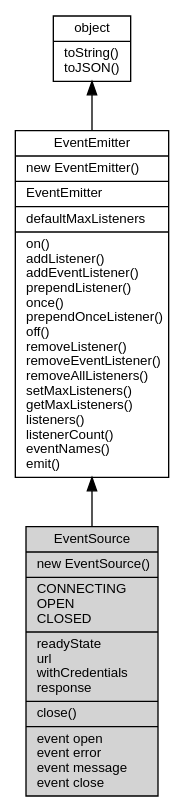
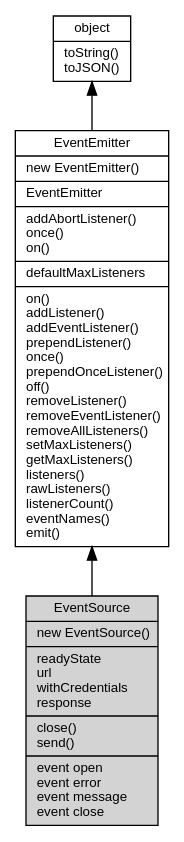
The diagram in docs/manual/object/ifs/EventSource.md (fibjs/fibjs.org), drawn with Graphviz before and after one commit. The commit also changed other lines of this file and 148 other files, not shown here.

First line of the commit message:
feat: add ZlibCodec documentation and update object graph

````diff
--- a/docs/manual/object/ifs/EventSource.md
+++ b/docs/manual/object/ifs/EventSource.md
@@ -13,12 +13,12 @@
 ```dot
 digraph {
     node [fontname="Helvetica,sans-Serif", fontsize=10, shape="record", style="filled", fillcolor="white"];
 
     object [tooltip="object", URL="object.md", label="{object|toString()\ltoJSON()\l}"];
-    EventEmitter [tooltip="EventEmitter", URL="EventEmitter.md", label="{EventEmitter|new EventEmitter()\l|EventEmitter\l|defaultMaxListeners\l|on()\laddListener()\laddEventListener()\lprependListener()\lonce()\lprependOnceListener()\loff()\lremoveListener()\lremoveEventListener()\lremoveAllListeners()\lsetMaxListeners()\lgetMaxListeners()\llisteners()\llistenerCount()\leventNames()\lemit()\l}"];
-    EventSource [tooltip="EventSource", fillcolor="lightgray", id="me", label="{EventSource|new EventSource()\l|CONNECTING\lOPEN\lCLOSED\l|readyState\lurl\lwithCredentials\lresponse\l|close()\l|event open\levent error\levent message\levent close\l}"];
+    EventEmitter [tooltip="EventEmitter", URL="EventEmitter.md", label="{EventEmitter|new EventEmitter()\l|EventEmitter\l|addAbortListener()\lonce()\lon()\l|defaultMaxListeners\l|on()\laddListener()\laddEventListener()\lprependListener()\lonce()\lprependOnceListener()\loff()\lremoveListener()\lremoveEventListener()\lremoveAllListeners()\lsetMaxListeners()\lgetMaxListeners()\llisteners()\lrawListeners()\llistenerCount()\leventNames()\lemit()\l}"];
+    EventSource [tooltip="EventSource", fillcolor="lightgray", id="me", label="{EventSource|new EventSource()\l|readyState\lurl\lwithCredentials\lresponse\l|close()\lsend()\l|event open\levent error\levent message\levent close\l}"];
 
     object -> EventEmitter [dir=back];
     EventEmitter -> EventSource [dir=back];
 }
 ```
````
